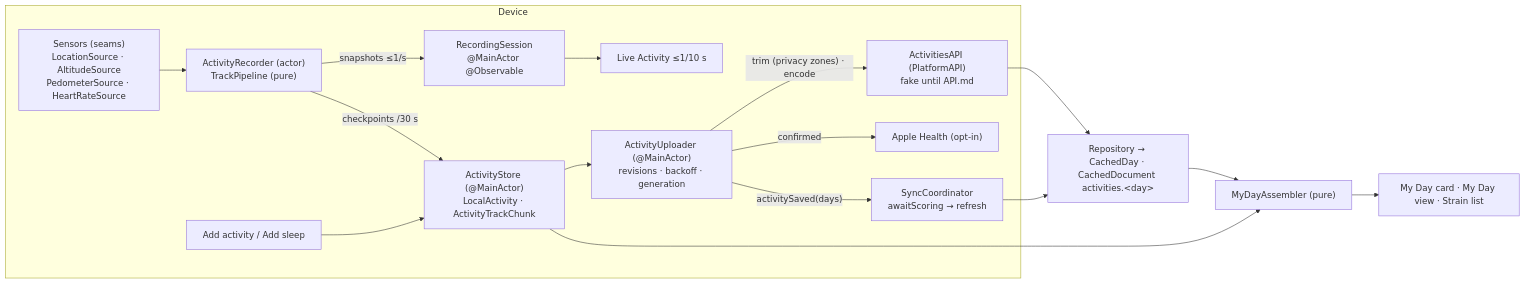
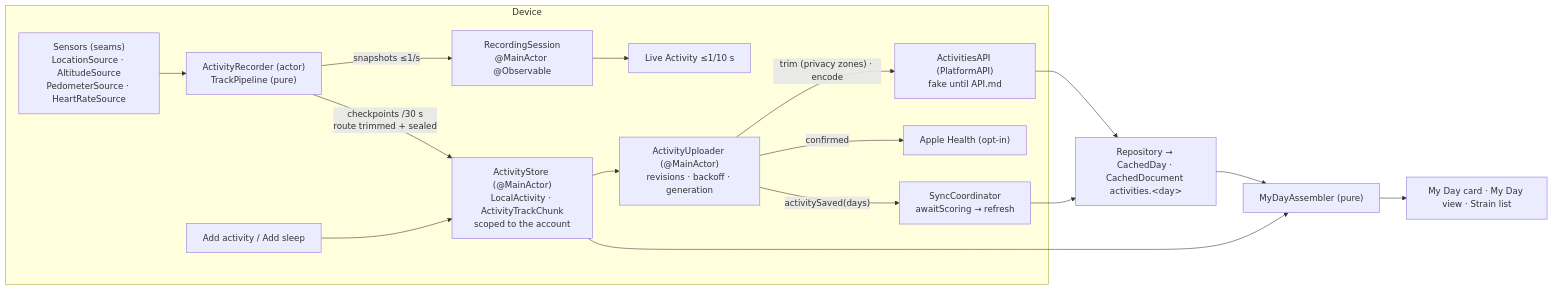
Before and after one commit to timkrebs/ryft-app: the first of 4 diagrams in docs/work/2026-10-22-my-day-activities/design.md, drawn with Mermaid. The commit also changed other lines of this file and 7 other files, not shown here.

````diff
--- a/docs/work/2026-10-22-my-day-activities/design.md
+++ b/docs/work/2026-10-22-my-day-activities/design.md
@@ -65,19 +79,19 @@
 ```mermaid
 flowchart LR
   subgraph Device
     S["Sensors (seams)<br/>LocationSource · AltitudeSource<br/>PedometerSource · HeartRateSource"] --> R["ActivityRecorder (actor)<br/>TrackPipeline (pure)"]
     R -->|"snapshots ≤1/s"| RS["RecordingSession<br/>@MainActor @Observable"]
-    R -->|"checkpoints /30 s"| ST["ActivityStore (@MainActor)<br/>LocalActivity · ActivityTrackChunk"]
+    R -->|"checkpoints /30 s<br/>route trimmed + sealed"| ST["ActivityStore (@MainActor)<br/>LocalActivity · ActivityTrackChunk<br/>scoped to the account"]
     RS --> LA["Live Activity ≤1/10 s"]
     ADD["Add activity / Add sleep"] --> ST
     ST --> UP["ActivityUploader (@MainActor)<br/>revisions · backoff · generation"]
     UP -->|"trim (privacy zones) · encode"| API
     UP -->|"confirmed"| HK["Apple Health (opt-in)"]
     UP -->|"activitySaved(days)"| SC["SyncCoordinator<br/>awaitScoring → refresh"]
   end
   API["ActivitiesAPI (PlatformAPI)<br/>fake until API.md"] --> REPO["Repository → CachedDay · CachedDocument activities.&lt;day&gt;"]
   SC --> REPO
   REPO --> MD["MyDayAssembler (pure)"]
   ST --> MD
   MD --> V["My Day card · My Day view · Strain list"]
 ```
````
